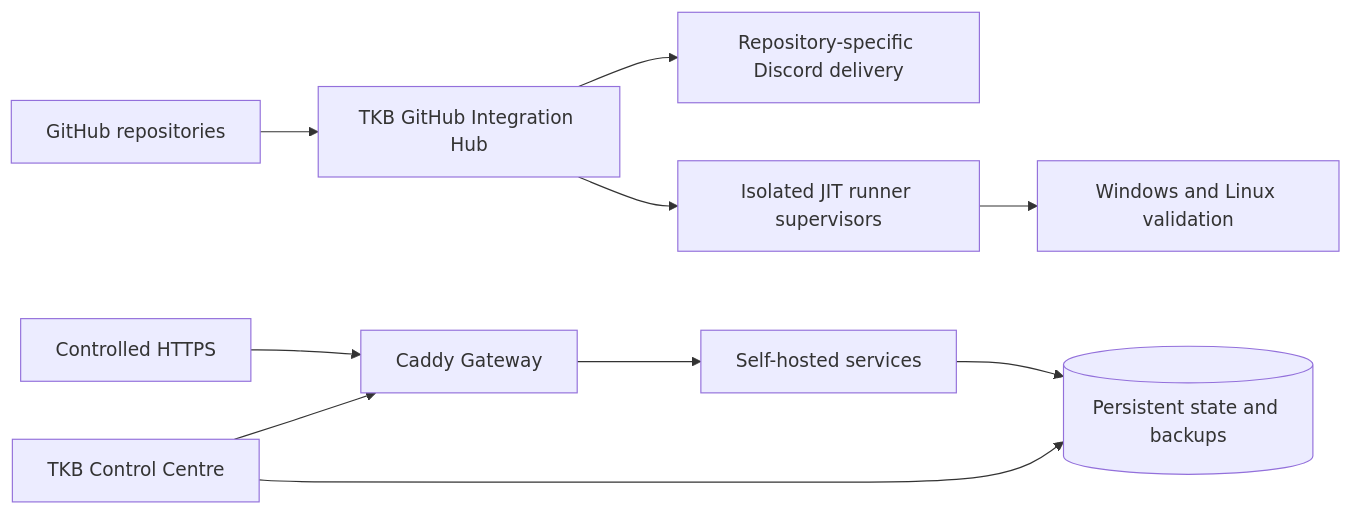
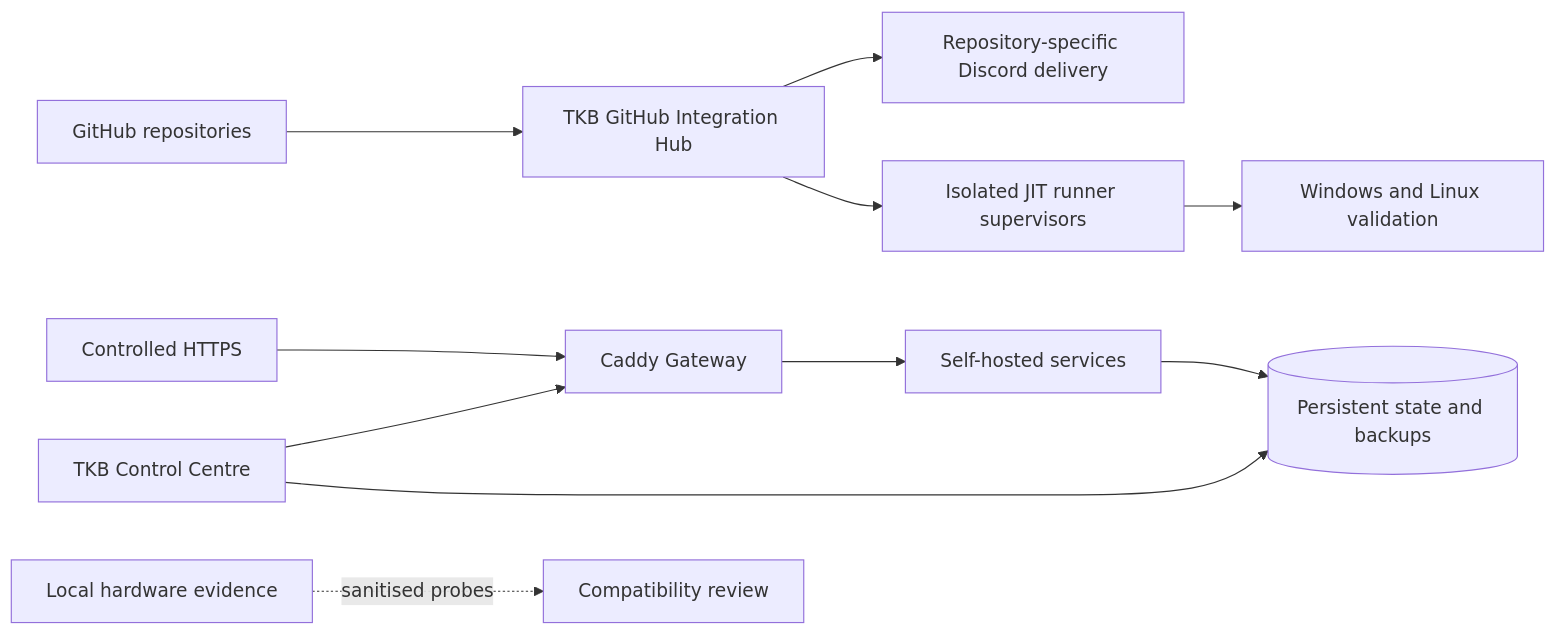
Before and after one commit to Conroy1988/Conroy1988: the diagram in README.md, drawn with Mermaid. The commit also changed other lines of this file, not shown here.

````diff
--- a/README.md
+++ b/README.md
@@ -284,14 +328,15 @@
 ```mermaid
 flowchart LR
     GitHub[GitHub repositories] --> Hub[TKB GitHub Integration Hub]
     Hub --> Discord[Repository-specific Discord delivery]
     Hub --> Runners[Isolated JIT runner supervisors]
     Runners --> Validation[Windows and Linux validation]
 
     Internet[Controlled HTTPS] --> Caddy[Caddy Gateway]
     Caddy --> Services[Self-hosted services]
     Services --> Data[(Persistent state and backups)]
 
     Control[TKB Control Centre] --> Caddy
     Control --> Data
+    Hardware[Local hardware evidence] -. sanitised probes .-> Research[Compatibility review]
 ```
````
